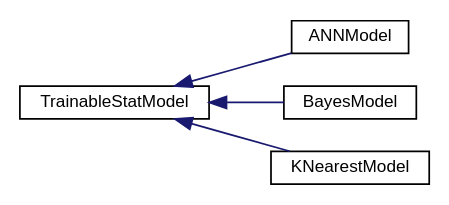
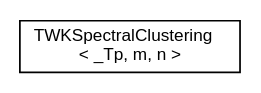
The diagram in inherit_graph_14.dot (alexisVallet/animation-character-identification), drawn with Graphviz before and after one commit. The commit also changed 198 other files, not shown here.

```diff
--- a/inherit_graph_14.dot
+++ b/inherit_graph_14.dot
@@ -1,13 +1,7 @@
 digraph "Graphical Class Hierarchy"
 {
   edge [fontname="Helvetica",fontsize="10",labelfontname="Helvetica",labelfontsize="10"];
   node [fontname="Helvetica",fontsize="10",shape=record];
   rankdir="LR";
-  Node1 [label="TrainableStatModel",height=0.2,width=0.4,color="black", fillcolor="white", style="filled",URL="$class_trainable_stat_model.html"];
-  Node1 -> Node2 [dir="back",color="midnightblue",fontsize="10",style="solid",fontname="Helvetica"];
-  Node2 [label="ANNModel",height=0.2,width=0.4,color="black", fillcolor="white", style="filled",URL="$class_a_n_n_model.html"];
-  Node1 -> Node3 [dir="back",color="midnightblue",fontsize="10",style="solid",fontname="Helvetica"];
-  Node3 [label="BayesModel",height=0.2,width=0.4,color="black", fillcolor="white", style="filled",URL="$class_bayes_model.html"];
-  Node1 -> Node4 [dir="back",color="midnightblue",fontsize="10",style="solid",fontname="Helvetica"];
-  Node4 [label="KNearestModel",height=0.2,width=0.4,color="black", fillcolor="white", style="filled",URL="$class_k_nearest_model.html"];
+  Node1 [label="TWKSpectralClustering\l\< _Tp, m, n \>",height=0.2,width=0.4,color="black", fillcolor="white", style="filled",URL="$class_t_w_k_spectral_clustering.html"];
 }
```
